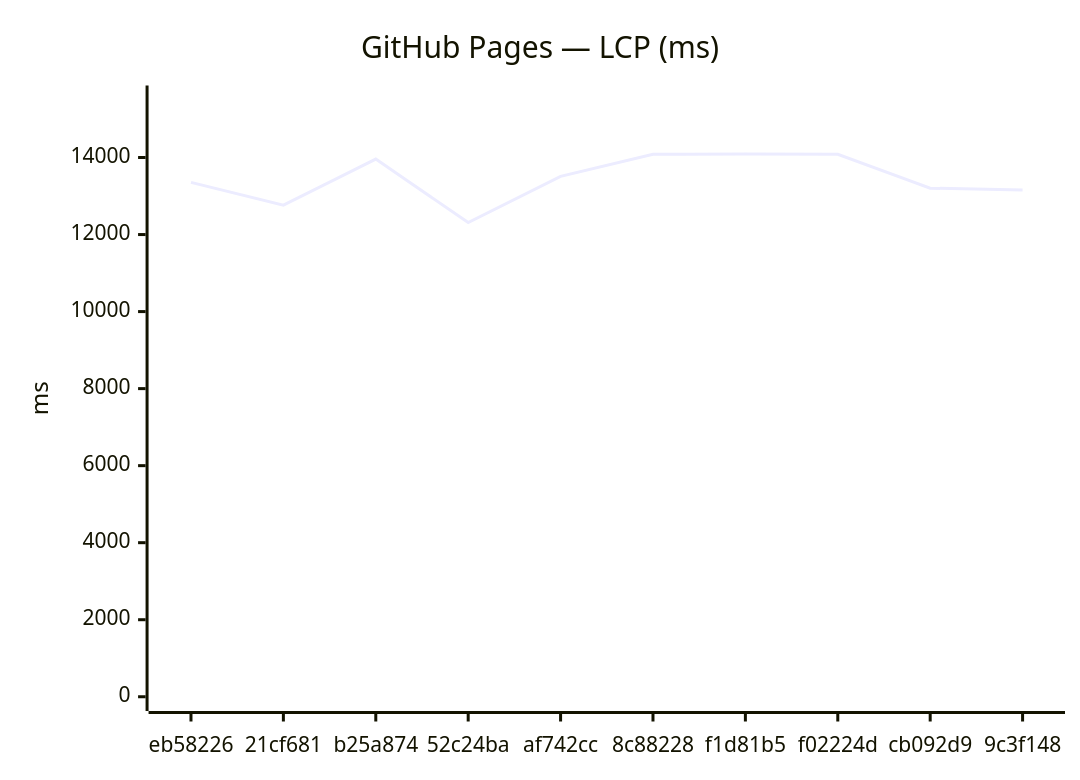
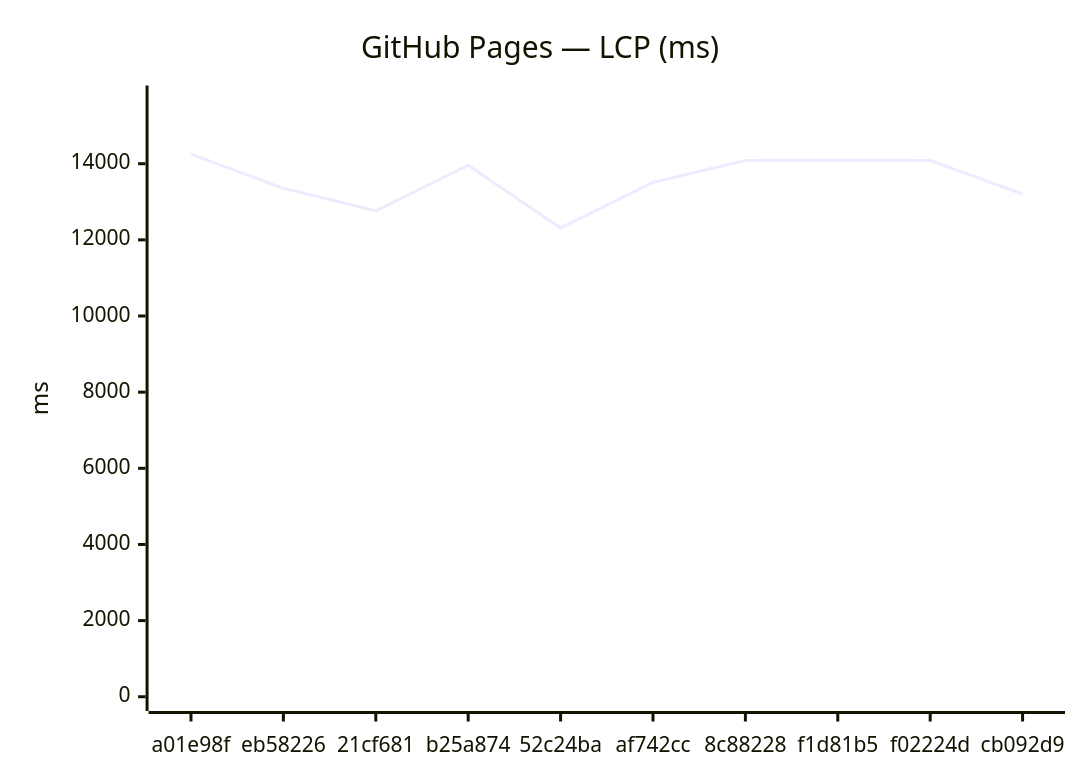
The third of 18 diagrams in benchmarks/compare.md (Metaheurist/Rianell), drawn with Mermaid before and after one commit. The commit also changed other lines of this file and 11 other files, not shown here.

````diff
--- a/benchmarks/compare.md
+++ b/benchmarks/compare.md
@@ -54,7 +54,7 @@
 ```mermaid
 xychart-beta
     title "GitHub Pages — LCP (ms)"
-    x-axis ["eb58226", "21cf681", "b25a874", "52c24ba", "af742cc", "8c88228", "f1d81b5", "f02224d", "cb092d9", "9c3f148"]
-    y-axis "ms" 0 --> 15500
-    line [13354, 12763, 13959, 12313, 13510, 14082, 14090, 14084, 13204, 13156]
+    x-axis ["a01e98f", "eb58226", "21cf681", "b25a874", "52c24ba", "af742cc", "8c88228", "f1d81b5", "f02224d", "cb092d9"]
+    y-axis "ms" 0 --> 15680
+    line [14254, 13354, 12763, 13959, 12313, 13510, 14082, 14090, 14084, 13204]
 ```
````
